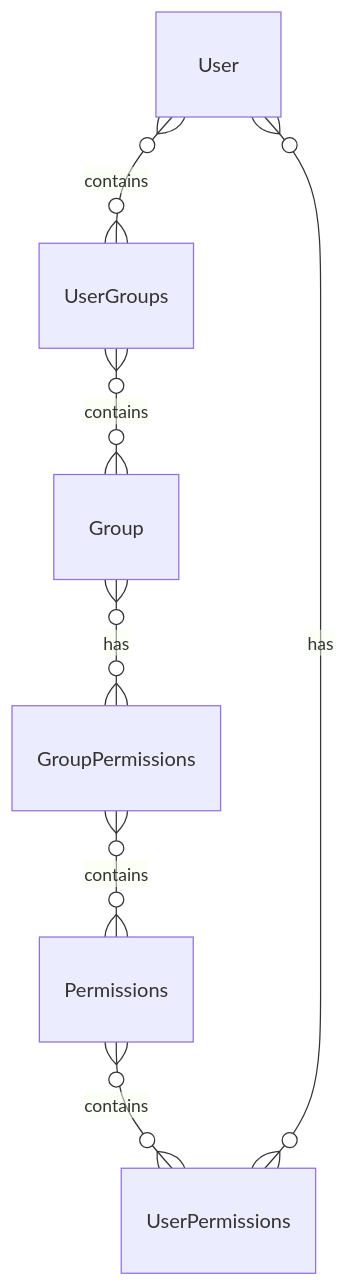
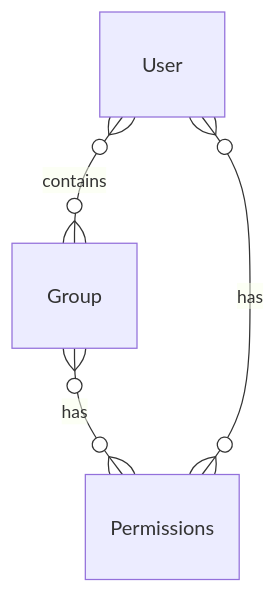
Before and after one commit to bingyangchen/KM-software: the diagram in System Design/User, Group & Permission.md, drawn with Mermaid. The commit also changed other lines of this file and 69 other files, not shown here.

````diff
--- a/System Design/User, Group & Permission.md
+++ b/System Design/User, Group & Permission.md
@@ -1,9 +3,6 @@
 ```mermaid
 erDiagram
-    User }o--o{ UserGroups: contains
-    UserGroups }o--o{ Group: contains
-    Group }o--o{ GroupPermissions: has
-    GroupPermissions }o--o{ Permissions: contains
-    Permissions }o--o{ UserPermissions: contains
-    UserPermissions }o--o{ User: has
+    User }o--o{ Group: contains
+    Group }o--o{ Permissions: has
+    Permissions }o--o{ User: has
 ```
````
